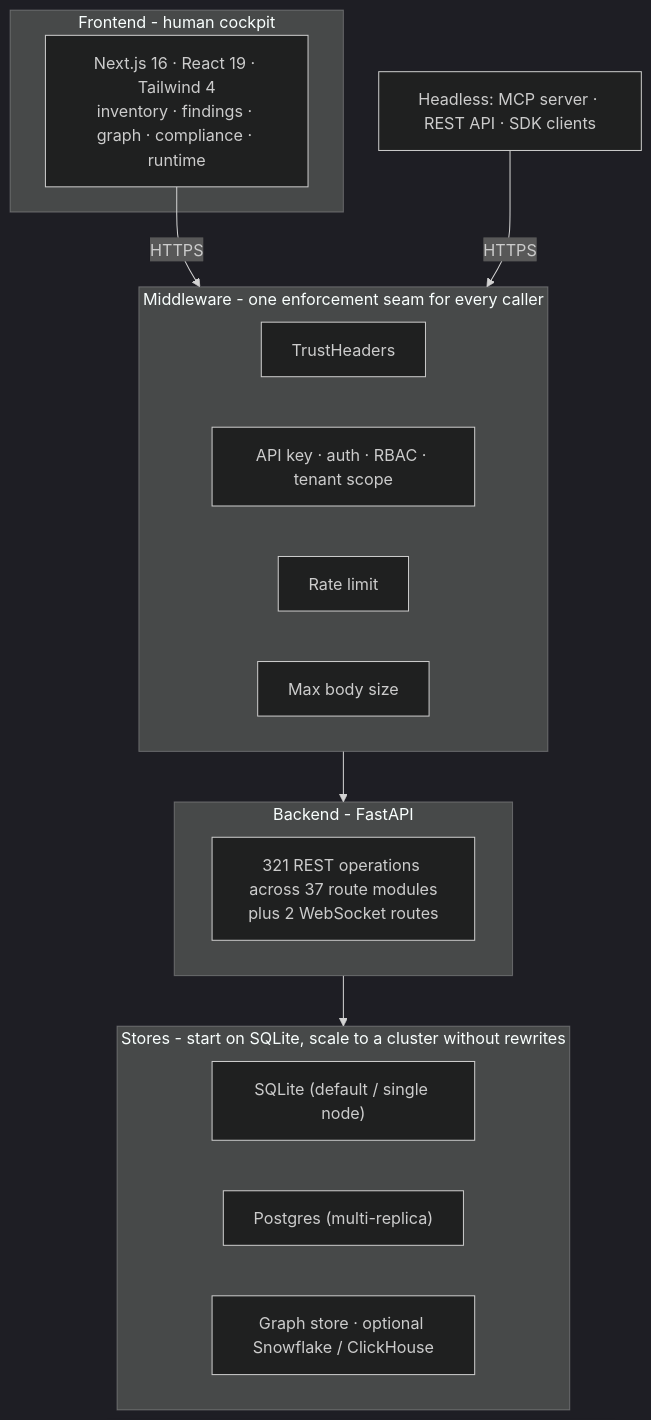
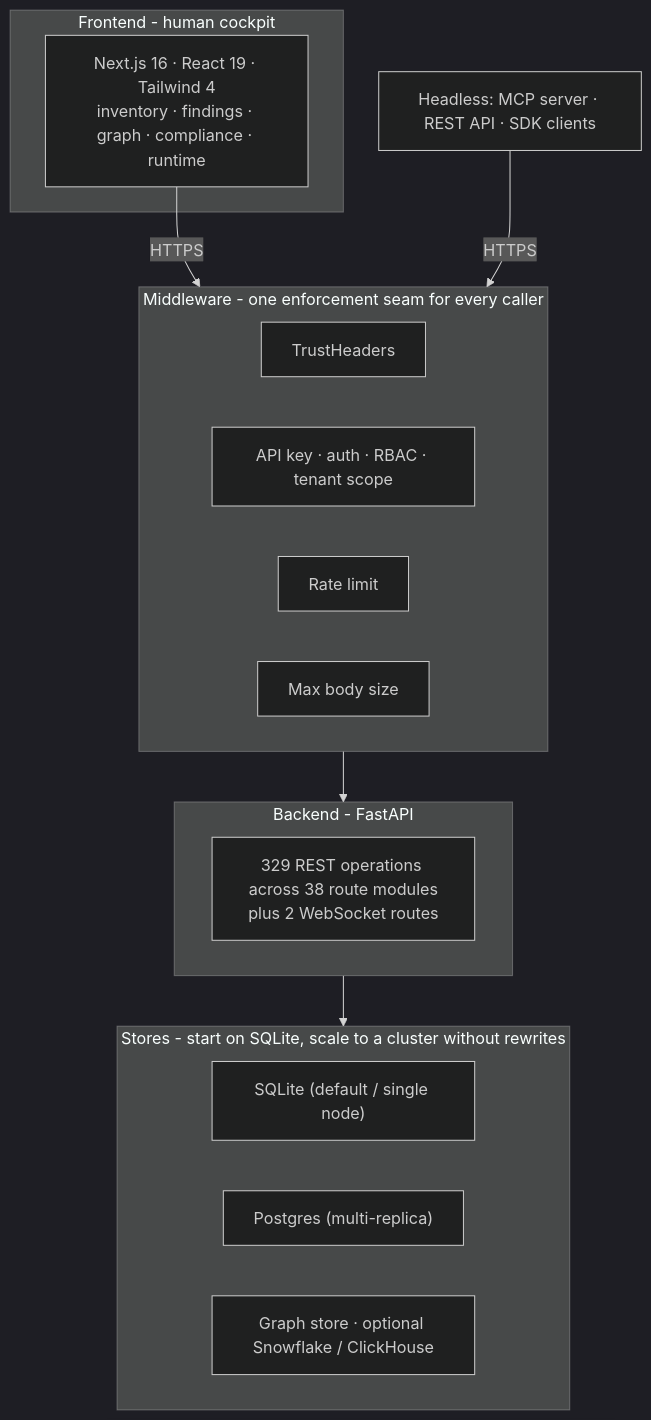
The fourth of 9 diagrams in docs/ARCHITECTURE.md (msaad00/agent-bom), drawn with Mermaid (dark theme) before and after one commit. The commit also changed 22 other files, not shown here.

````diff
--- a/docs/ARCHITECTURE.md
+++ b/docs/ARCHITECTURE.md
@@ -146,26 +146,26 @@
 ```mermaid
 flowchart TB
     subgraph FE["Frontend - human cockpit"]
         UI["Next.js 16 · React 19 · Tailwind 4\ninventory · findings · graph · compliance · runtime"]
     end
     subgraph MW["Middleware - one enforcement seam for every caller"]
         M1["TrustHeaders"]
         M2["API key · auth · RBAC · tenant scope"]
         M3["Rate limit"]
         M4["Max body size"]
     end
     subgraph BE["Backend - FastAPI"]
-        R["321 REST operations across 37 route modules\nplus 2 WebSocket routes"]
+        R["329 REST operations across 38 route modules\nplus 2 WebSocket routes"]
     end
     subgraph ST["Stores - start on SQLite, scale to a cluster without rewrites"]
         S1["SQLite (default / single node)"]
         S2["Postgres (multi-replica)"]
         S3["Graph store · optional Snowflake / ClickHouse"]
     end
 
     EXTAGENT["Headless: MCP server · REST API · SDK clients"]
 
     UI -->|HTTPS| MW
     EXTAGENT -->|HTTPS| MW
     MW --> BE --> ST
 ```
````
